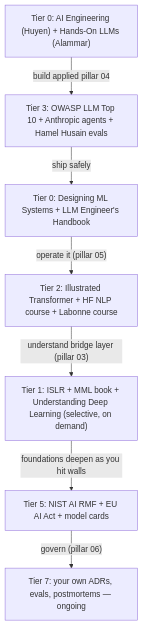
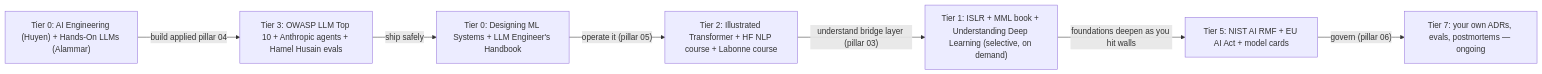
Before and after one commit to oat431/ai-knowledge: the diagram in README.md, drawn with Mermaid. The commit also changed other lines of this file and 13 other files, not shown here.

````diff
--- a/README.md
+++ b/README.md
@@ -45,10 +37,10 @@
 ```mermaid
-flowchart TD
+flowchart LR
     T0A["Tier 0: AI Engineering (Huyen) + Hands-On LLMs (Alammar)"]
     T0A -->|"build applied pillar 04"| T3["Tier 3: OWASP LLM Top 10 + Anthropic agents + Hamel Husain evals"]
     T3 -->|"ship safely"| T0B["Tier 0: Designing ML Systems + LLM Engineer's Handbook"]
     T0B -->|"operate it (pillar 05)"| T2["Tier 2: Illustrated Transformer + HF NLP course + Labonne course"]
     T2 -->|"understand bridge layer (pillar 03)"| T1["Tier 1: ISLR + MML book + Understanding Deep Learning (selective, on demand)"]
     T1 -->|"foundations deepen as you hit walls"| T5["Tier 5: NIST AI RMF + EU AI Act + model cards"]
     T5 -->|"govern (pillar 06)"| T7["Tier 7: your own ADRs, evals, postmortems — ongoing"]
 ```
````
